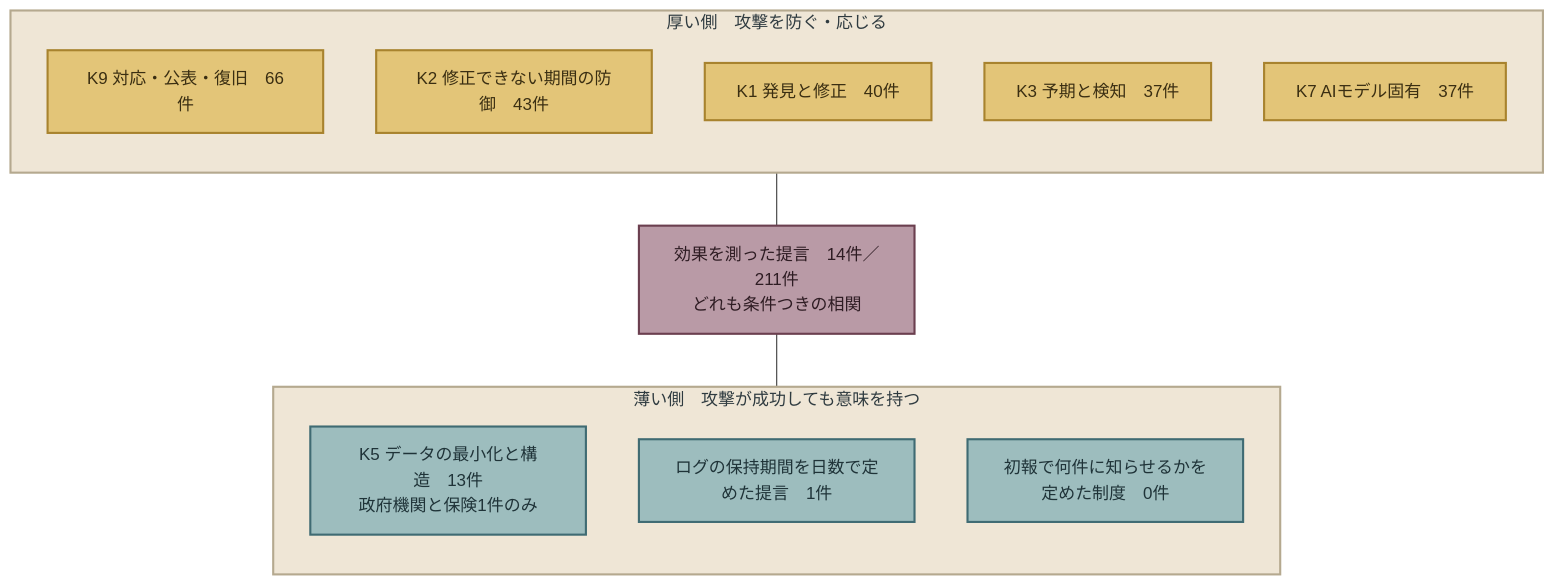
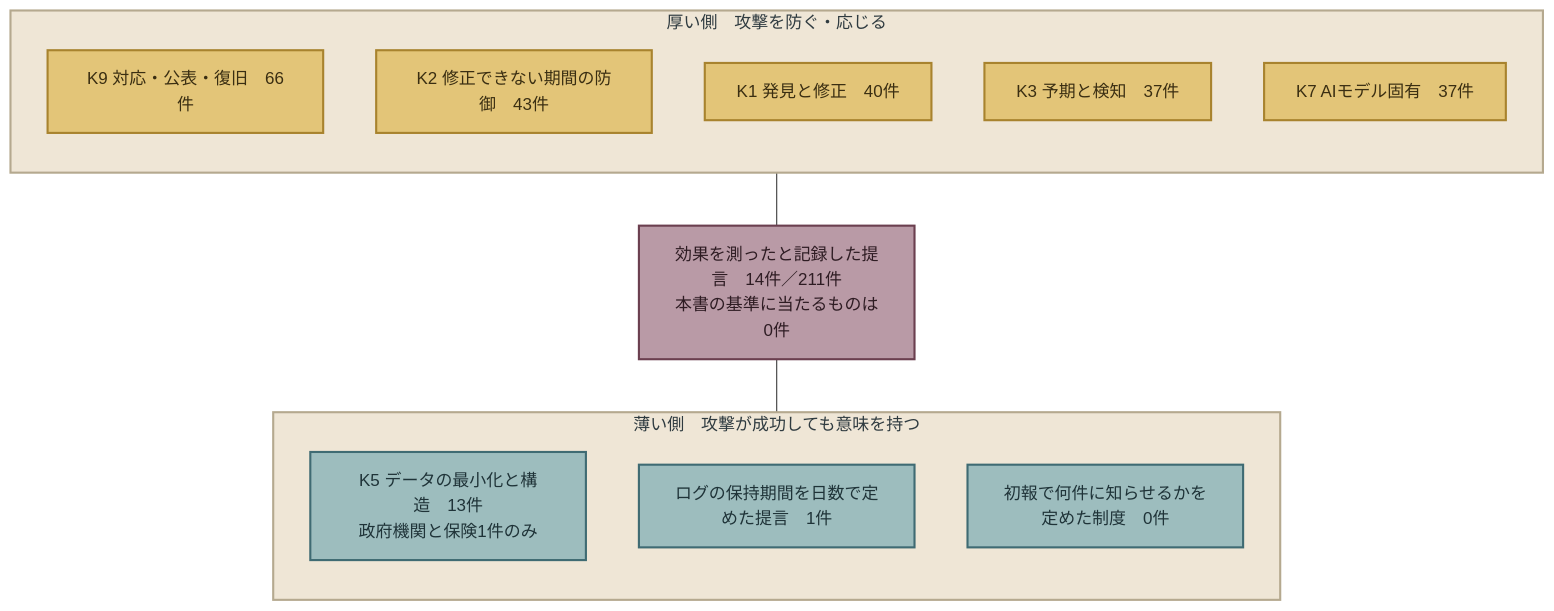
One commit to Leading-AI-IO/enterprise-security-in-the-ai-era changed the seventh of 17 diagrams in docs/jp/enterprise-security-in-the-ai-era_JP.md. Above: the diagram before and after it, drawn with Mermaid. The commit also changed other lines of this file and 6 other files, not shown here.

````diff
--- a/docs/jp/enterprise-security-in-the-ai-era_JP.md
+++ b/docs/jp/enterprise-security-in-the-ai-era_JP.md
@@ -1462,28 +1464,28 @@
 ```mermaid
 flowchart TB
 
     subgraph THICK["厚い側　攻撃を防ぐ・応じる"]
       direction TB
       K9["K9 対応・公表・復旧　66件"]
       K2["K2 修正できない期間の防御　43件"]
       K1["K1 発見と修正　40件"]
       K3["K3 予期と検知　37件"]
       K7["K7 AIモデル固有　37件"]
     end
     subgraph THIN["薄い側　攻撃が成功しても意味を持つ"]
       direction TB
       K5["K5 データの最小化と構造　13件<br/>政府機関と保険1件のみ"]
       L["ログの保持期間を日数で定めた提言　1件"]
       N["初報で何件に知らせるかを定めた制度　0件"]
     end
-    Z["効果を測った提言　14件／211件<br/>どれも条件つきの相関"]
+    Z["効果を測ったと記録した提言　14件／211件<br/>本書の基準に当たるものは0件"]
     THICK --- Z --- THIN
     classDef teal fill:#9DBDBE,stroke:#3F6B73,stroke-width:2px,color:#1F3338
     classDef mustard fill:#E3C578,stroke:#A8832E,stroke-width:2px,color:#3A2E12
     classDef plum fill:#B99AA6,stroke:#6B3F4F,stroke-width:2px,color:#2E1C23
     class K9,K2,K1,K3,K7 mustard
     class K5,L,N teal
     class Z plum
     style THICK fill:#EFE6D6,stroke:#B5A98F,stroke-width:2px,color:#2F3B40
     style THIN fill:#EFE6D6,stroke:#B5A98F,stroke-width:2px,color:#2F3B40
 ```
````
